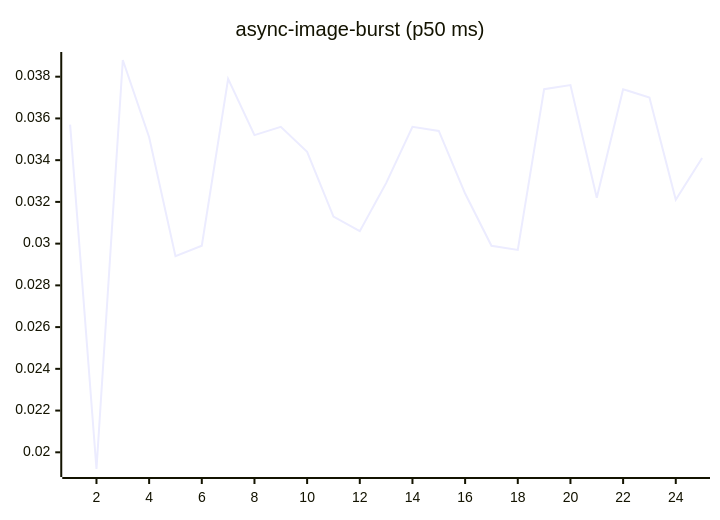
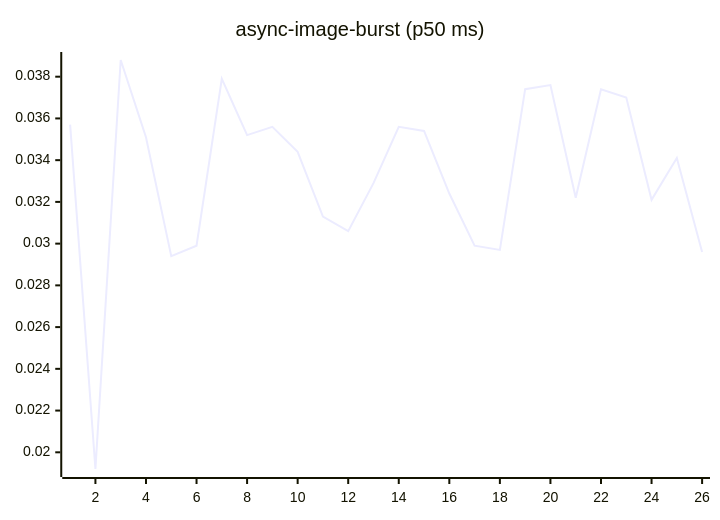
The fourth of 27 diagrams in README.md (josha/Facet), drawn with Mermaid before and after one commit. The commit also changed other lines of this file and 2 other files, not shown here.

````diff
--- a/README.md
+++ b/README.md
@@ -84,6 +84,6 @@
 ```mermaid
 xychart-beta
     title "async-image-burst (p50 ms)"
-    x-axis 1 --> 25
-    line [0.0357, 0.0192, 0.0388, 0.0351, 0.0294, 0.0299, 0.0379, 0.0352, 0.0356, 0.0344, 0.0313, 0.0306, 0.0329, 0.0356, 0.0354, 0.0324, 0.0299, 0.0297, 0.0374, 0.0376, 0.0322, 0.0374, 0.0370, 0.0321, 0.0341]
+    x-axis 1 --> 26
+    line [0.0357, 0.0192, 0.0388, 0.0351, 0.0294, 0.0299, 0.0379, 0.0352, 0.0356, 0.0344, 0.0313, 0.0306, 0.0329, 0.0356, 0.0354, 0.0324, 0.0299, 0.0297, 0.0374, 0.0376, 0.0322, 0.0374, 0.0370, 0.0321, 0.0341, 0.0296]
 ```
````
